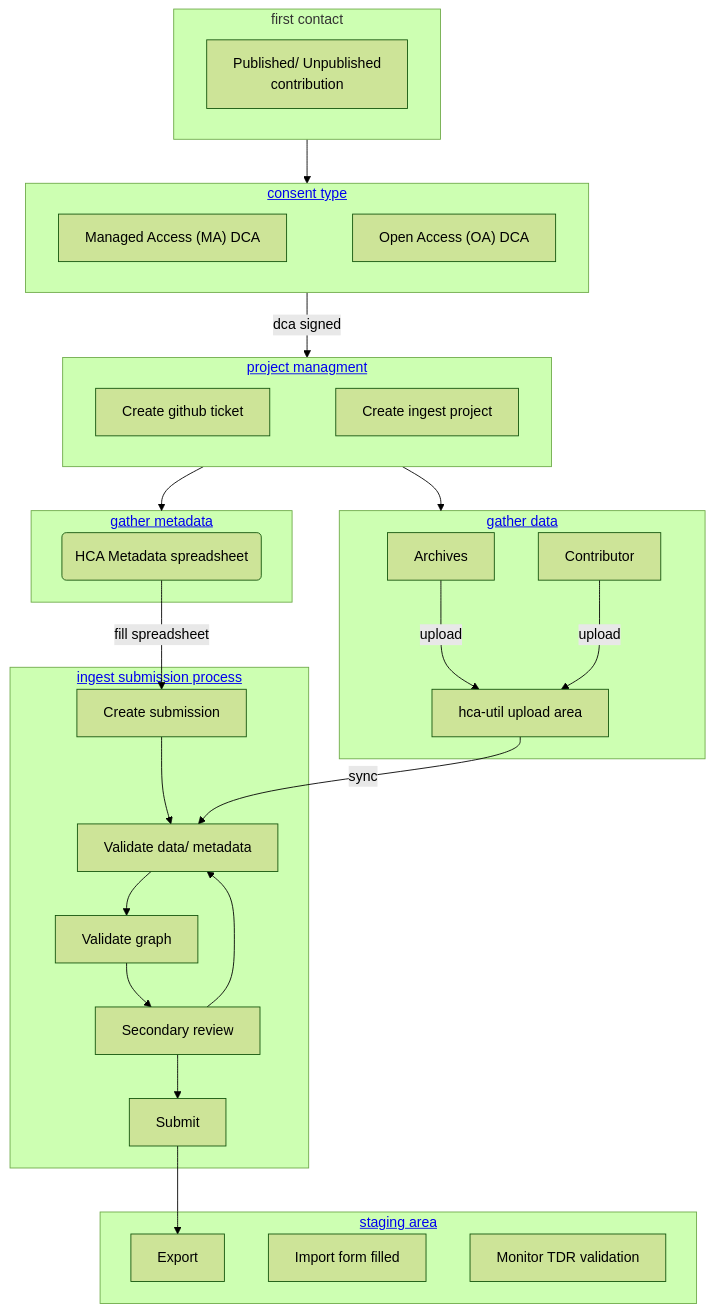
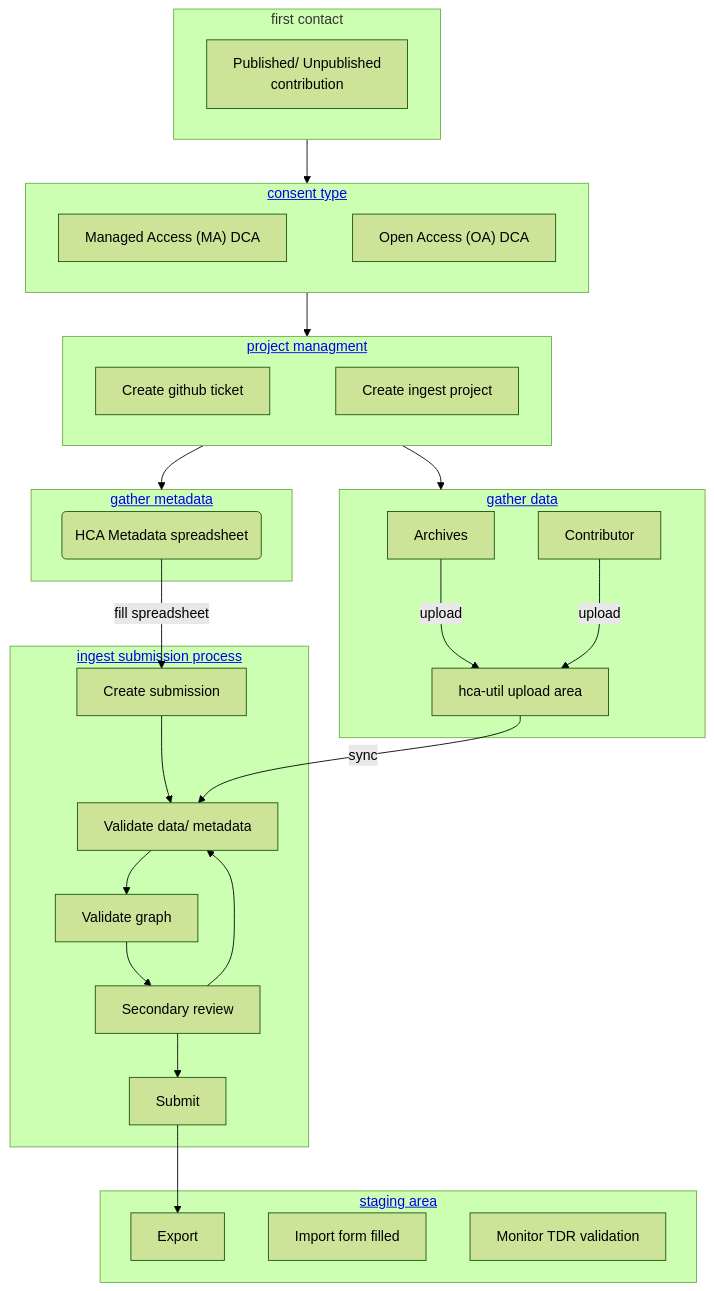
The diagram in docs/SOPs/Introduction/wrangling_process_diagram.md (ebi-ait/hca-ebi-wrangler-central), drawn with Mermaid (forest theme) before and after one commit.

Commit message:
Removed "signed DCA" since we have to have a project in ingest to have a DCA

````diff
--- a/docs/SOPs/Introduction/wrangling_process_diagram.md
+++ b/docs/SOPs/Introduction/wrangling_process_diagram.md
@@ -16,70 +16,70 @@
 ```mermaid
 flowchart TD
     subgraph first [first contact]
     P1["Published/ Unpublished<br>contribution"]
     end
 
     subgraph dca [<a href='https://ebi-ait.github.io/hca-ebi-wrangler-central/SOPs/Introduction/dataset_wrangling_SOP.html#consent-type'>consent type</a>]
     MA["Managed Access (MA) DCA"]
     OA["Open Access (OA) DCA"]
     MA ~~~ OA
     end
     
     subgraph proj [<a href='https://ebi-ait.github.io/hca-ebi-wrangler-central/SOPs/Introduction/wrangling_project_management.html'>project managment</a>]
     D1["Create github ticket"]
     D2["Create ingest project"]
     D1 ~~~ D2
     end
 
     subgraph metadata [<a href='https://ebi-ait.github.io/hca-ebi-wrangler-central/SOPs/Introduction/dataset_wrangling_SOP.html#gather-metadata'>gather metadata</a>]
     HMS("HCA Metadata spreadsheet")
     end
 
     subgraph data [<a href='https://ebi-ait.github.io/hca-ebi-wrangler-central/SOPs/Introduction/dataset_wrangling_SOP.html#gather-data'>gather data</a>]
     C1["Archives"]
     C2["Contributor"]
     C3["hca-util upload area"]
     C1 --"upload"--> C3
     C2 --"upload"--> C3
     end
 
     subgraph ingest [<a href='https://ebi-ait.github.io/hca-ebi-wrangler-central/SOPs/Introduction/dataset_wrangling_SOP.html#submission-process-in-ingest'>ingest submission process</a>]
     I1["Create submission"]
     I2["Validate data/ metadata"]
     I3["Validate graph"]
     I4["Secondary review"]
     I5["Submit"]
     I1 --> I2
     I2 --> I3 --> I4 --> I5 
     I4 --> I2
     end
 
     subgraph import [<a href='https://ebi-ait.github.io/hca-ebi-wrangler-central/SOPs/Introduction/access_tera.html'>staging area</a>]
     M1["Export"]
     M2["Import form filled"]
     M3["Monitor TDR validation"]
     I5 --> M1
     end
 
     C3 --sync--> I2
     first --> dca
-    dca--dca signed-->proj--> metadata
+    dca-->proj--> metadata
     HMS--"fill spreadsheet"--> I1
     proj-->data
 
     click MA href "https://ebi-ait.github.io/hca-ebi-wrangler-central/SOPs/Managed_access/Managed_access.html" "Consent type"
     click C1 href "https://ebi-ait.github.io/hca-ebi-wrangler-central/SOPs/Introduction/dataset_wrangling_SOP.html#gathering-data" "Gathering data"
     click C2 href "https://ebi-ait.github.io/hca-ebi-wrangler-central/SOPs/Introduction/dataset_wrangling_SOP.html#data-upload-contributor" "Data upload contributor"
     click C3 href "https://ebi-ait.github.io/hca-ebi-wrangler-central/tools/Accessing_upload_area/hca_util.html" "hca-util"
     click D1 href "https://github.com/ebi-ait/hca-ebi-wrangler-central/issues" "wrangler repo"
     click D2 href "https://contribute.data.humancellatlas.org/" "ingest site"
     click HMS href "https://ebi-ait.github.io/hca-ebi-wrangler-central/SOPs/Metadata_spreadsheet/HCA_Metadata_Spreadsheet_Guide_Wranglers.html" "HCA metadata spreadsheet guide"
     click I1 href "https://ebi-ait.github.io/hca-ebi-wrangler-central/SOPs/Introduction/dataset_wrangling_SOP.html#create-submission" "Create ingest submission"
     click I2 href "https://ebi-ait.github.io/hca-ebi-wrangler-central/SOPs/Introduction/dataset_wrangling_SOP.html#metadata-validation" "Validate data/metadata"
     click I3 href "https://ebi-ait.github.io/hca-ebi-wrangler-central/SOPs/Introduction/dataset_wrangling_SOP.html#experimental-graph-validation" "Validate graph"
     click I4 href "https://ebi-ait.github.io/hca-ebi-wrangler-central/SOPs/Introduction/secondary_review_SOP.html" "Secondary review SOP"
     click I5 href "https://ebi-ait.github.io/hca-ebi-wrangler-central/SOPs/Introduction/dataset_wrangling_SOP.html#completing-the-submission" "Completing the submission SOP"
     click M1 href "https://ebi-ait.github.io/hca-ebi-wrangler-central/SOPs/Introduction/dataset_wrangling_SOP.html#export" "Export SOP"
     click M2 href "https://docs.google.com/forms/d/e/1FAIpQLSeokUTa-aVXGDdSNODEYetxezasFKp2oVLz65775lgk5t0D2w/" "Import form"
     click M3 href "https://ebi-ait.github.io/hca-ebi-wrangler-central/SOPs/Introduction/access_tera.html" "Access TDR SOP"
 ```
````
